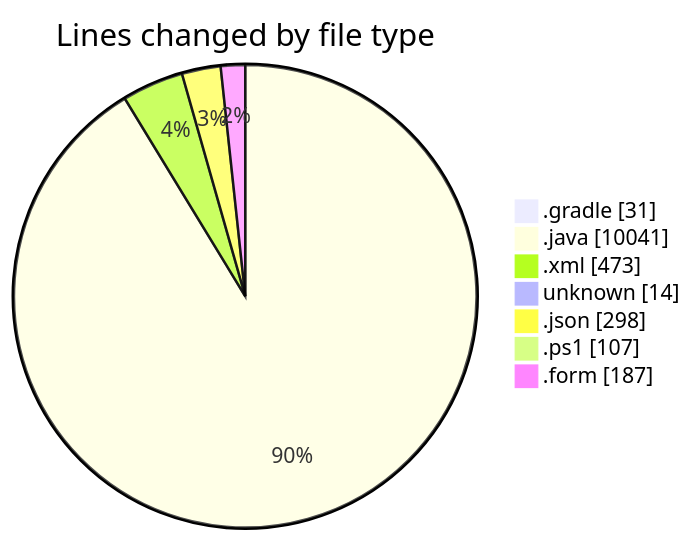
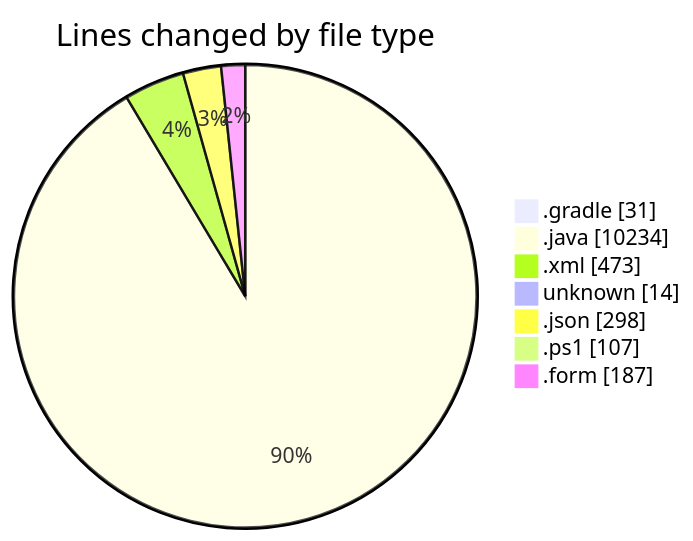
The first of 2 diagrams in 2025-02-21/micros/README.md (charlie-sans/code-tracking), drawn with Mermaid before and after one commit. The commit also changed other lines of this file and 1 other file, not shown here.

````diff
--- a/2025-02-21/micros/README.md
+++ b/2025-02-21/micros/README.md
@@ -78,11 +78,11 @@
 ```mermaid
 pie showData
 title Lines changed by file type
 ".gradle" : 31
-".java" : 10041
+".java" : 10234
 ".xml" : 473
 "unknown" : 14
 ".json" : 298
 ".ps1" : 107
 ".form" : 187
 ```
````
